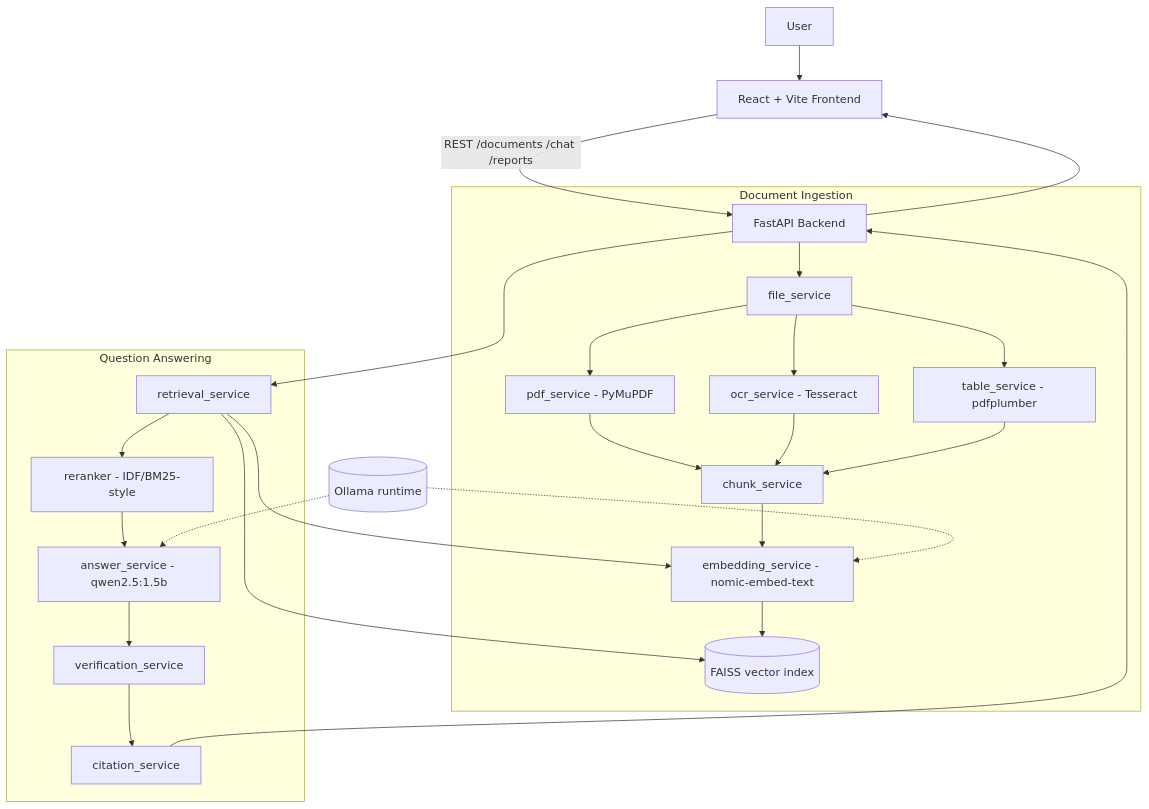
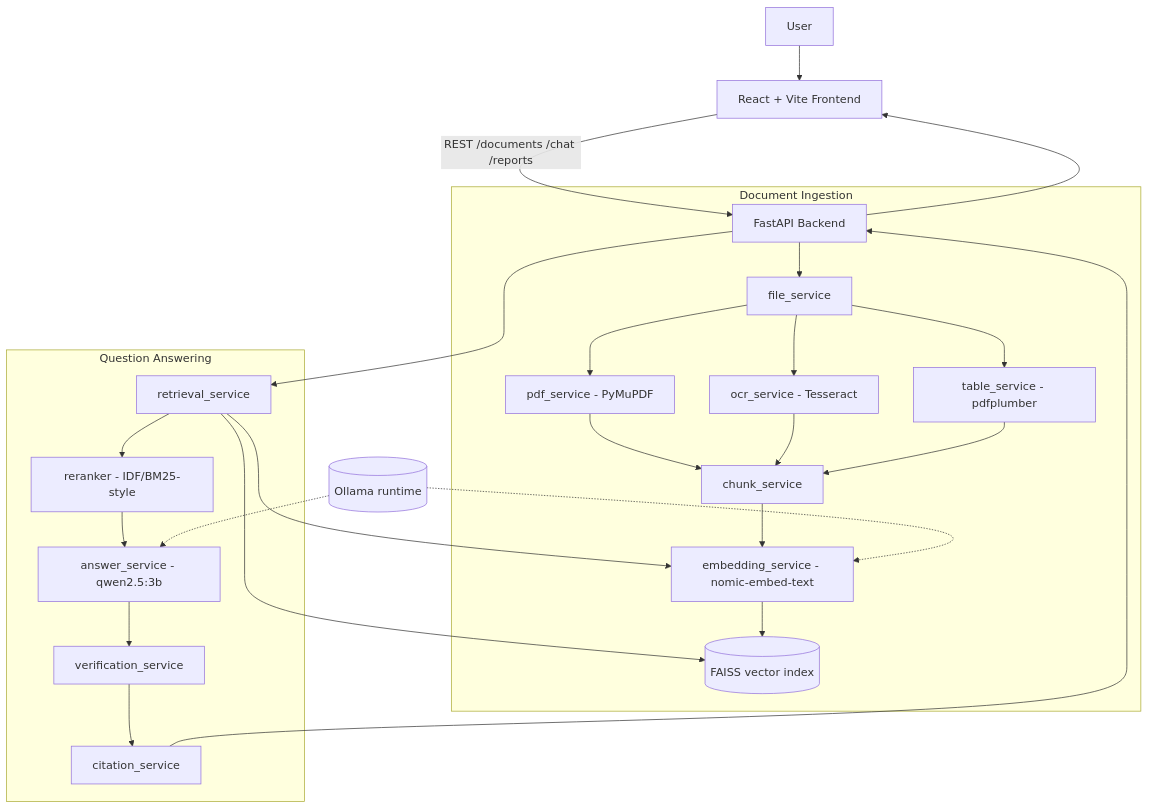
One commit to abinash123hg/retrieval-augmented-vision-ai-assistant changed the diagram in README.md. Above: the diagram before and after it, drawn with Mermaid. The commit also changed other lines of this file and 12 other files, not shown here.

````diff
--- a/README.md
+++ b/README.md
@@ -80,32 +80,32 @@
 ```mermaid
 flowchart TD
     U[User] --> FE[React + Vite Frontend]
     FE -->|REST /documents /chat /reports| API[FastAPI Backend]
 
     subgraph Ingest[Document Ingestion]
       API --> FS[file_service]
       FS --> PS[pdf_service - PyMuPDF]
       FS --> OCR[ocr_service - Tesseract]
       FS --> TS[table_service - pdfplumber]
       PS --> CS[chunk_service]
       OCR --> CS
       TS --> CS
       CS --> EMB[embedding_service - nomic-embed-text]
       EMB --> VS[(FAISS vector index)]
     end
 
     subgraph Query[Question Answering]
       API --> RS[retrieval_service]
       RS --> EMB
       RS --> VS
       RS --> RR[reranker - IDF/BM25-style]
-      RR --> AS[answer_service - qwen2.5:1.5b]
+      RR --> AS[answer_service - qwen2.5:3b]
       AS --> VER[verification_service]
       VER --> CITE[citation_service]
       CITE --> API
     end
 
     API --> FE
     OLL[(Ollama runtime)] -.-> EMB
     OLL -.-> AS
 ```
````
